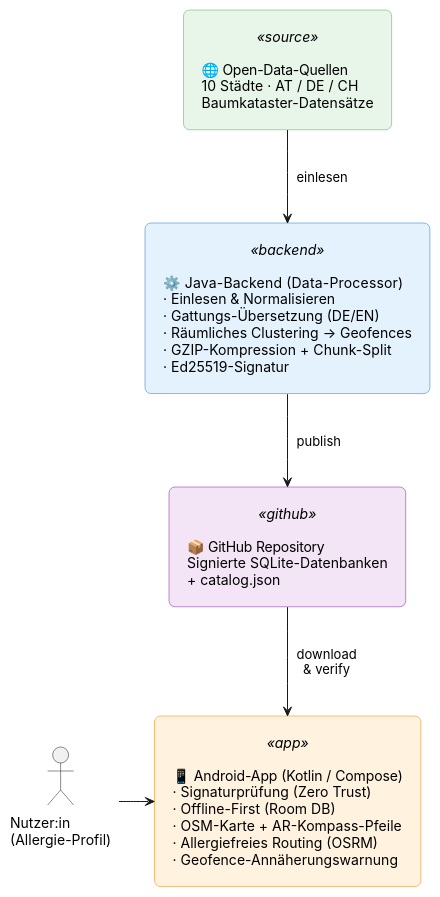
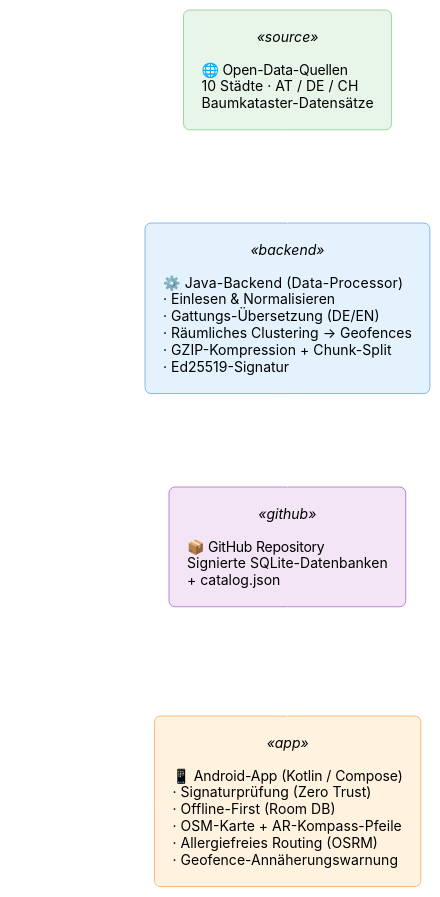
The diagram in docs/architecture/00_overview.puml (matthili/BaumRadar), drawn with PlantUML before and after one commit. The commit also changed 1 other file, not shown here.

Commit message:
Overview PlantUML update.

```diff
--- a/docs/architecture/00_overview.puml
+++ b/docs/architecture/00_overview.puml
@@ -1,37 +1,44 @@
 @startuml
 skinparam backgroundColor transparent
 skinparam componentStyle rectangle
 skinparam shadowing false
 skinparam defaultFontName Inter
 skinparam padding 8
 skinparam roundCorner 12
+
+' Weiße Linien, Pfeile und Beschriftungen für Dark-Mode-Kompatibilität
+skinparam ArrowColor white
+skinparam ArrowFontColor white
+skinparam actorBorderColor white
+skinparam actorFontColor white
+skinparam actorBackgroundColor transparent
 
 ' Vertikales Layout (top to bottom statt left to right)
 top to bottom direction
 
 skinparam rectangle {
   BackgroundColor<<source>> #E8F5E9
   BorderColor<<source>> #4CAF50
   BackgroundColor<<backend>> #E3F2FD
   BorderColor<<backend>> #1976D2
   BackgroundColor<<github>> #F3E5F5
   BorderColor<<github>> #7B1FA2
   BackgroundColor<<app>> #FFF3E0
   BorderColor<<app>> #F57C00
 }
 
 rectangle "🌐  Open-Data-Quellen\n10 Städte · AT / DE / CH\nBaumkataster-Datensätze" as Src <<source>>
 
 rectangle "⚙️  Java-Backend (Data-Processor)\n· Einlesen & Normalisieren\n· Gattungs-Übersetzung (DE/EN)\n· Räumliches Clustering → Geofences\n· GZIP-Kompression + Chunk-Split\n· Ed25519-Signatur" as BE <<backend>>
 
 rectangle "📦  GitHub Repository\nSignierte SQLite-Datenbanken\n+ catalog.json" as GH <<github>>
 
 rectangle "📱  Android-App (Kotlin / Compose)\n· Signaturprüfung (Zero Trust)\n· Offline-First (Room DB)\n· OSM-Karte + AR-Kompass-Pfeile\n· Allergiefreies Routing (OSRM)\n· Geofence-Annäherungswarnung" as App <<app>>
 
 actor "Nutzer:in\n(Allergie-Profil)" as User
 
 Src -down-> BE : einlesen
 BE -down-> GH : publish
 GH -down-> App : download\n& verify
 User -right-> App
 @enduml
```
